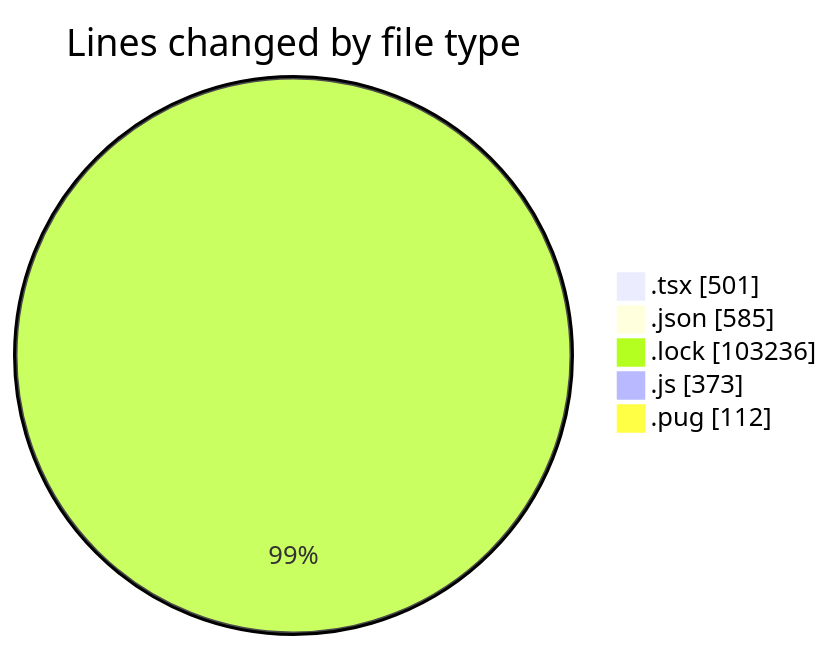
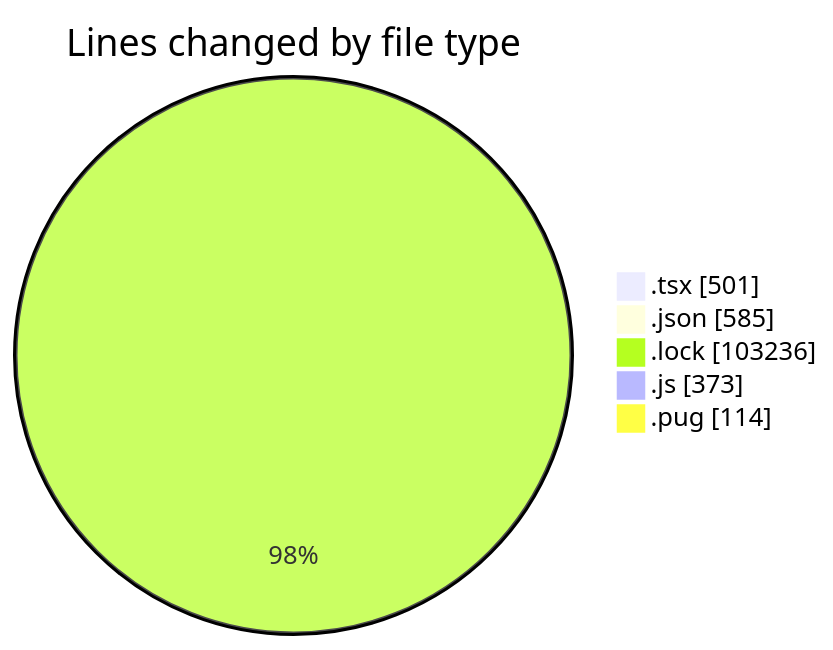
Before and after one commit to momahboobian/code-tracking: the first of 2 diagrams in 2025-03-10/cda/README.md, drawn with Mermaid. The commit also changed other lines of this file and 1 other file, not shown here.

````diff
--- a/2025-03-10/cda/README.md
+++ b/2025-03-10/cda/README.md
@@ -45,9 +45,9 @@
 ```mermaid
 pie showData
 title Lines changed by file type
 ".tsx" : 501
 ".json" : 585
 ".lock" : 103236
 ".js" : 373
-".pug" : 112
+".pug" : 114
 ```
````
